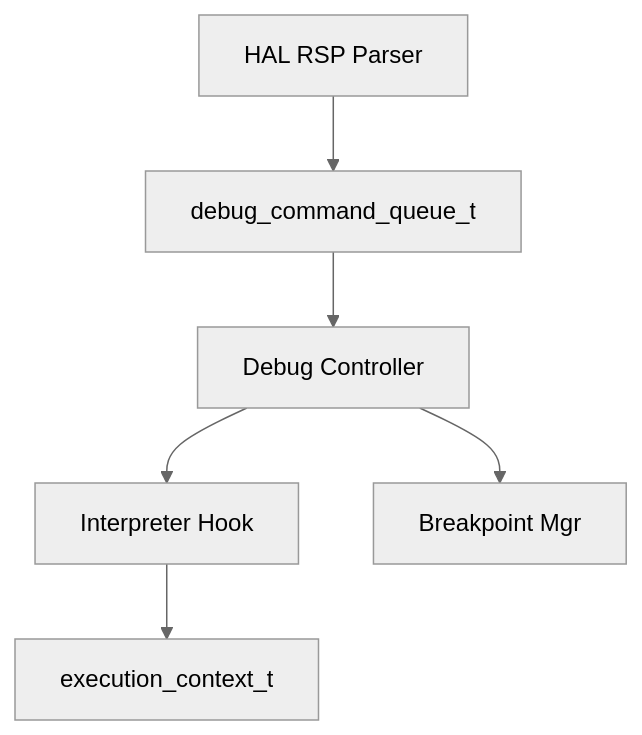
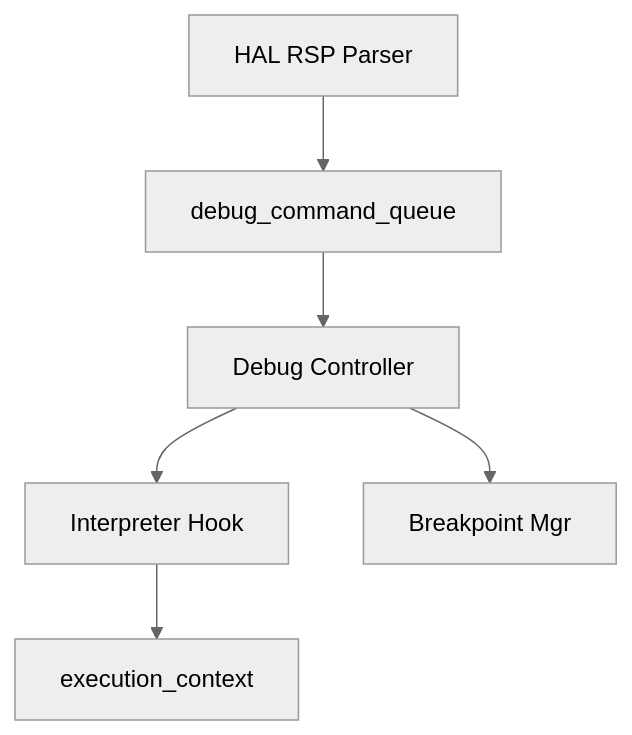
Before and after one commit to kmt-t/fireball: the first of 3 diagrams in docs/orders/components/debugger.md, drawn with Mermaid (neutral theme). The commit also changed other lines of this file and 20 other files, not shown here.

````diff
--- a/docs/orders/components/debugger.md
+++ b/docs/orders/components/debugger.md
@@ -13,8 +13,8 @@
 ```mermaid
 graph TD
-    HAL[HAL RSP Parser] --> Queue[debug_command_queue_t]
+    HAL[HAL RSP Parser] --> Queue[debug_command_queue]
     Queue --> Ctrl[Debug Controller]
     Ctrl --> Interp[Interpreter Hook]
     Ctrl --> BP[Breakpoint Mgr]
-    Interp --> vSoC[execution_context_t]
+    Interp --> vSoC[execution_context]
 ```
````
